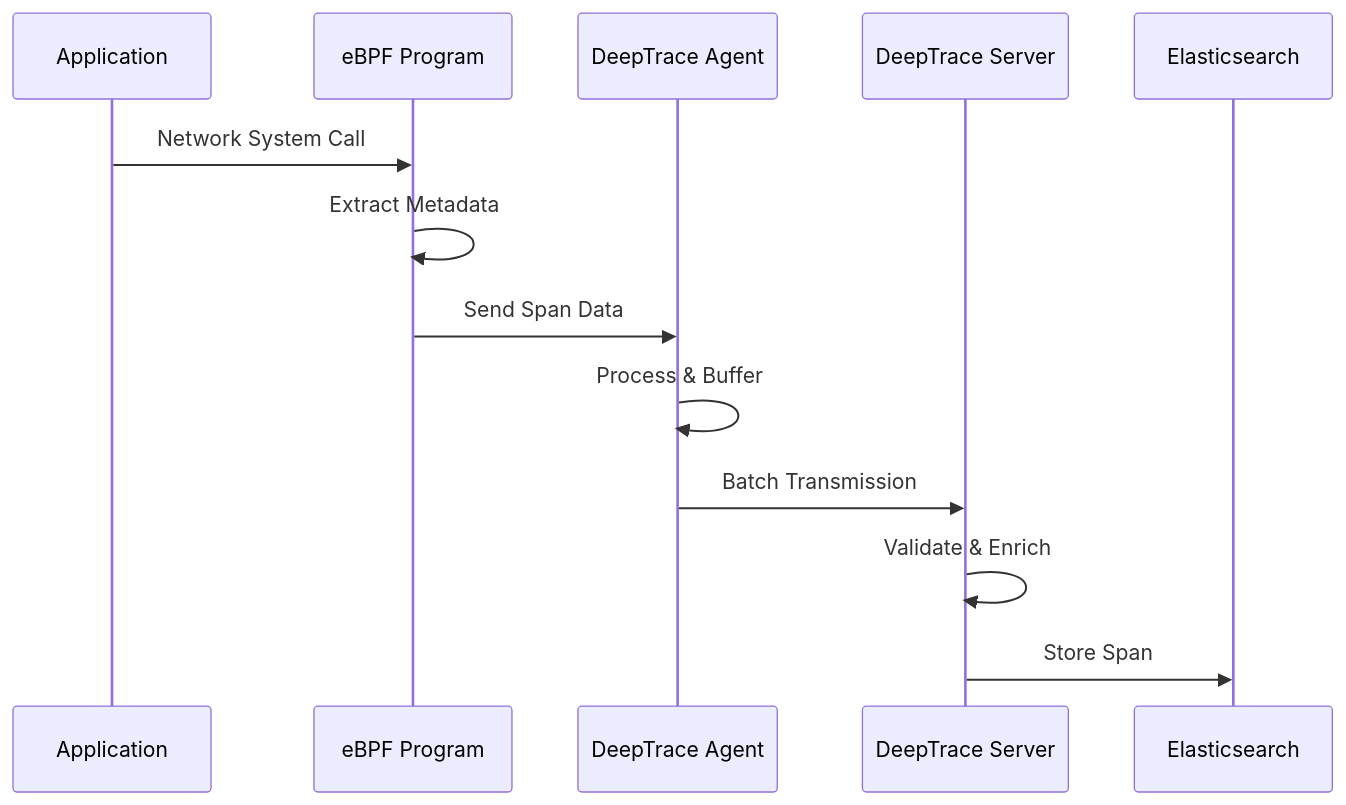
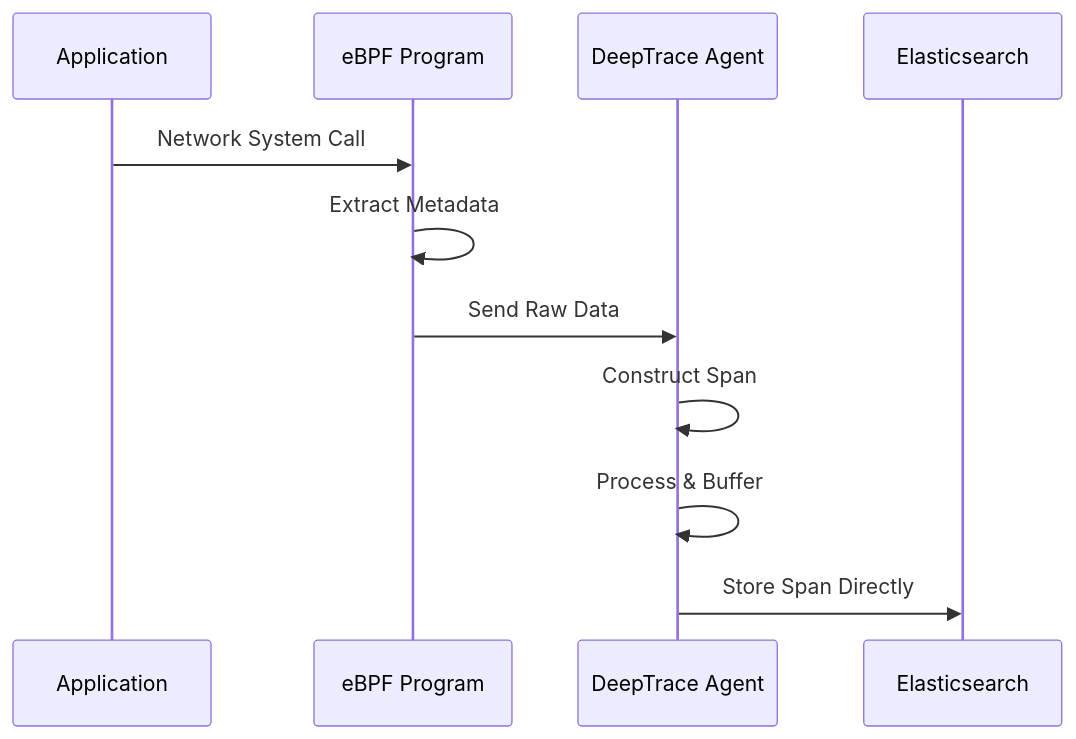
Before and after one commit to DeepShield-AI/DeepTrace: the second of 7 diagrams in docs/src/architecture/overview.md, drawn with Mermaid. The commit also changed other lines of this file and 5 other files, not shown here.

````diff
--- a/docs/src/architecture/overview.md
+++ b/docs/src/architecture/overview.md
@@ -165,16 +166,14 @@
 ```mermaid
 sequenceDiagram
     participant App as Application
     participant eBPF as eBPF Program
     participant Agent as DeepTrace Agent
-    participant Server as DeepTrace Server
     participant ES as Elasticsearch
     
     App->>eBPF: Network System Call
     eBPF->>eBPF: Extract Metadata
-    eBPF->>Agent: Send Span Data
+    eBPF->>Agent: Send Raw Data
+    Agent->>Agent: Construct Span
     Agent->>Agent: Process & Buffer
-    Agent->>Server: Batch Transmission
-    Server->>Server: Validate & Enrich
-    Server->>ES: Store Span
+    Agent->>ES: Store Span Directly
 ```
````
